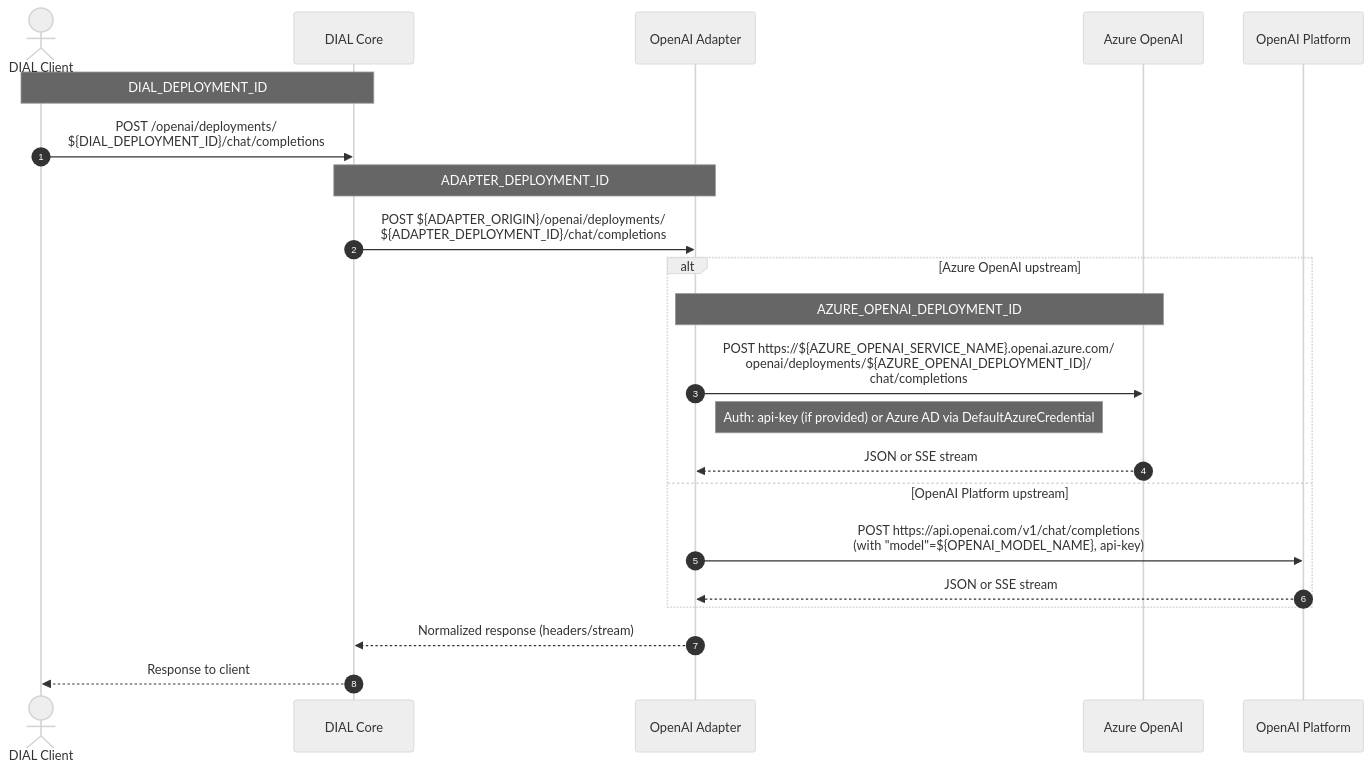
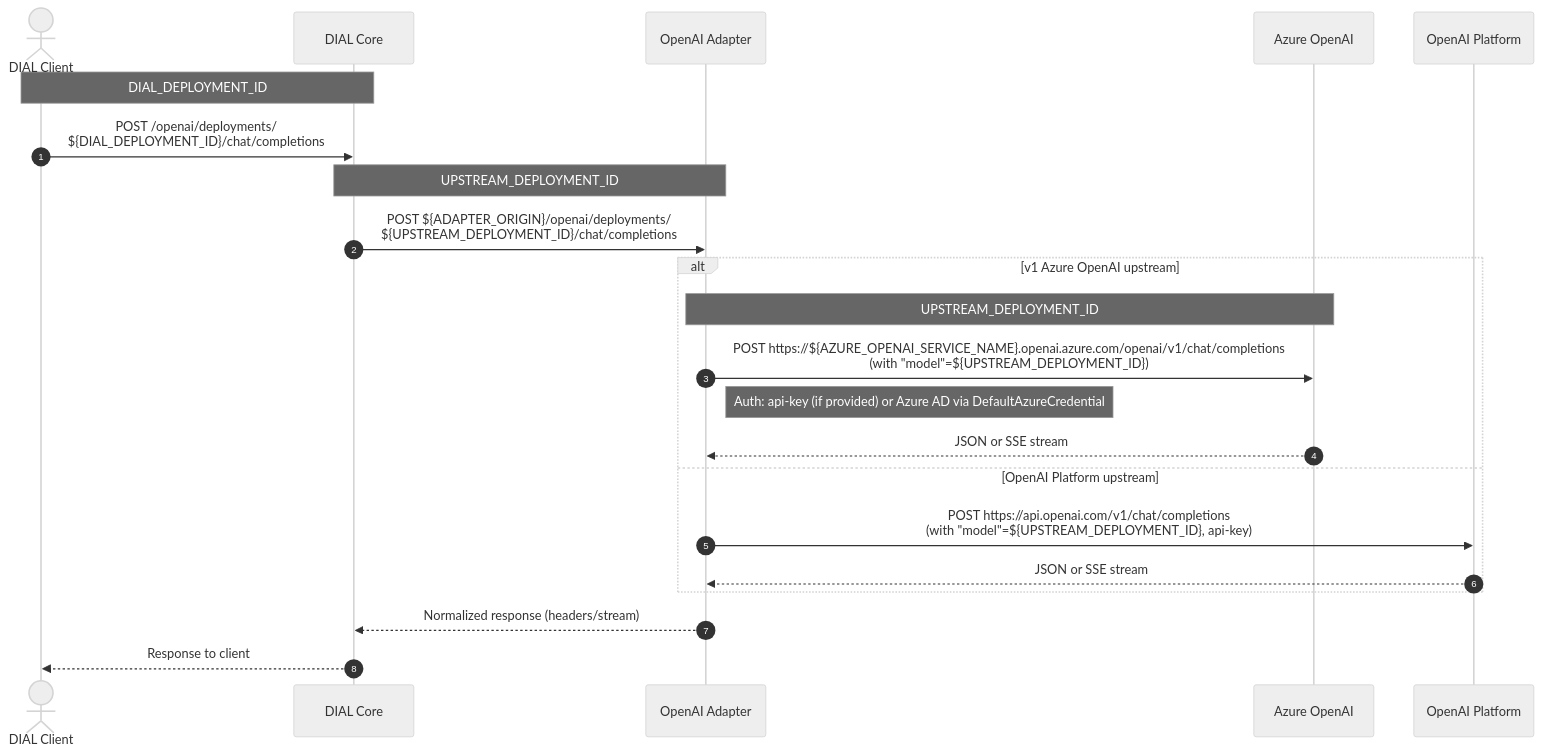
The diagram in README.md (epam/ai-dial-adapter-openai), drawn with Mermaid (neutral theme) before and after one commit. The commit also changed other lines of this file and 23 other files, not shown here.

Commit message:
feat: simplify logic behind retrieval of an upstream model name (#544)

````diff
--- a/README.md
+++ b/README.md
@@ -155,28 +195,28 @@
 ```mermaid
 sequenceDiagram
     autonumber
     actor U as DIAL Client
     participant C as DIAL Core
     participant A as OpenAI Adapter
     participant AZ as Azure OpenAI
     participant OP as OpenAI Platform
 
     Note over U,C: DIAL_DEPLOYMENT_ID
     U->>C: POST /openai/deployments/<br>${DIAL_DEPLOYMENT_ID}/chat/completions
 
-    Note over C,A: ADAPTER_DEPLOYMENT_ID
-    C->>A: POST ${ADAPTER_ORIGIN}/openai/deployments/<br>${ADAPTER_DEPLOYMENT_ID}/chat/completions
+    Note over C,A: UPSTREAM_DEPLOYMENT_ID
+    C->>A: POST ${ADAPTER_ORIGIN}/openai/deployments/<br>${UPSTREAM_DEPLOYMENT_ID}/chat/completions
 
-    alt Azure OpenAI upstream
-        Note over A,AZ: AZURE_OPENAI_DEPLOYMENT_ID
-        A->>AZ: POST https://${AZURE_OPENAI_SERVICE_NAME}.openai.azure.com/<br>openai/deployments/${AZURE_OPENAI_DEPLOYMENT_ID}/<br>chat/completions
+    alt v1 Azure OpenAI upstream
+        Note over A,AZ: UPSTREAM_DEPLOYMENT_ID
+        A->>AZ: POST https://${AZURE_OPENAI_SERVICE_NAME}.openai.azure.com/openai/v1/chat/completions<br>(with "model"=${UPSTREAM_DEPLOYMENT_ID})
         Note right of A: Auth: api-key (if provided) or Azure AD via DefaultAzureCredential
         AZ-->>A: JSON or SSE stream
     else OpenAI Platform upstream
-        A->>OP: POST https://api.openai.com/v1/chat/completions<br>(with "model"=${OPENAI_MODEL_NAME}, api-key)
+        A->>OP: POST https://api.openai.com/v1/chat/completions<br>(with "model"=${UPSTREAM_DEPLOYMENT_ID}, api-key)
         OP-->>A: JSON or SSE stream
     end
 
     A-->>C: Normalized response (headers/stream)
     C-->>U: Response to client
 ```
````
